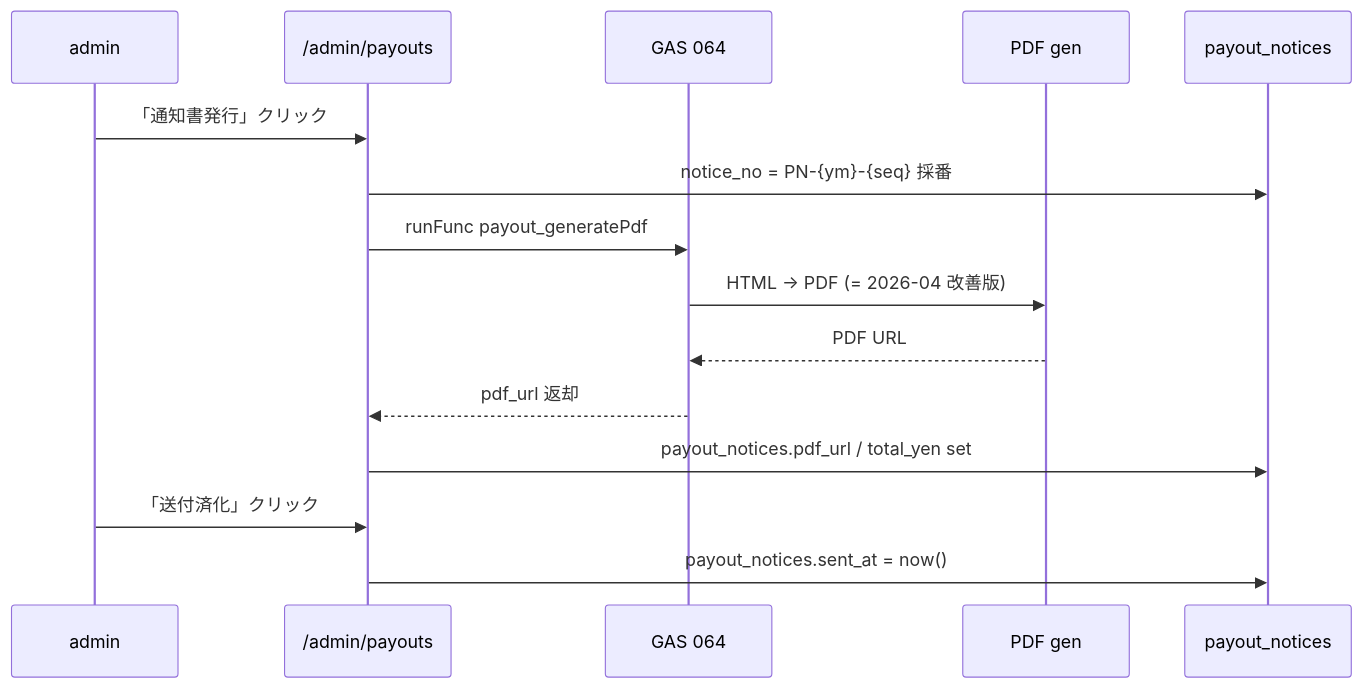
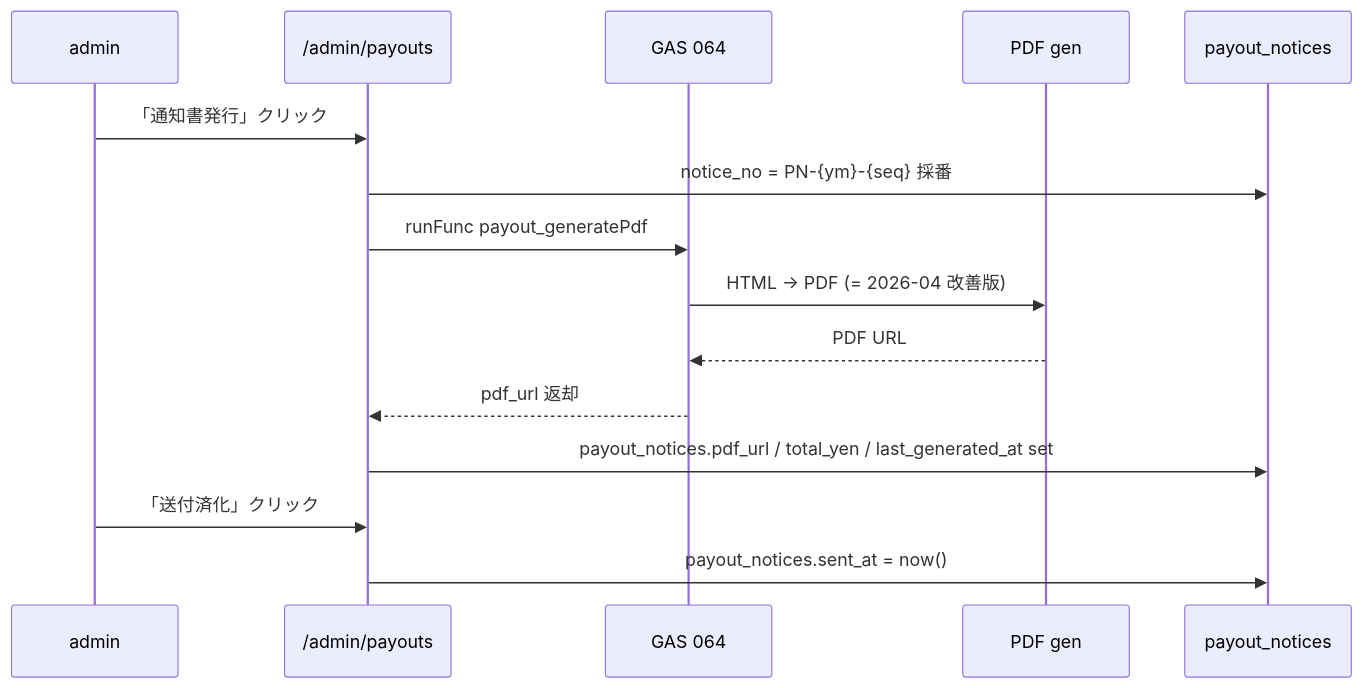
One commit to masa-teamarmada/amd-os changed the second of 2 diagrams in pwa/manual/31-admin-payouts-reward-notice-spec.md. Above: the diagram before and after it, drawn with Mermaid. The commit also changed other lines of this file and 8 other files, not shown here.

````diff
--- a/pwa/manual/31-admin-payouts-reward-notice-spec.md
+++ b/pwa/manual/31-admin-payouts-reward-notice-spec.md
@@ -73,17 +84,17 @@
 ```mermaid
 sequenceDiagram
   participant Admin as admin
   participant PWA as /admin/payouts
   participant GAS as GAS 064
   participant PDF as PDF gen
   participant DB as payout_notices
   Admin->>PWA: 「通知書発行」クリック
   PWA->>DB: notice_no = PN-{ym}-{seq} 採番
   PWA->>GAS: runFunc payout_generatePdf
   GAS->>PDF: HTML → PDF (= 2026-04 改善版)
   PDF-->>GAS: PDF URL
   GAS-->>PWA: pdf_url 返却
-  PWA->>DB: payout_notices.pdf_url / total_yen set
+  PWA->>DB: payout_notices.pdf_url / total_yen / last_generated_at set
   Admin->>PWA: 「送付済化」クリック
   PWA->>DB: payout_notices.sent_at = now()
 ```
````
